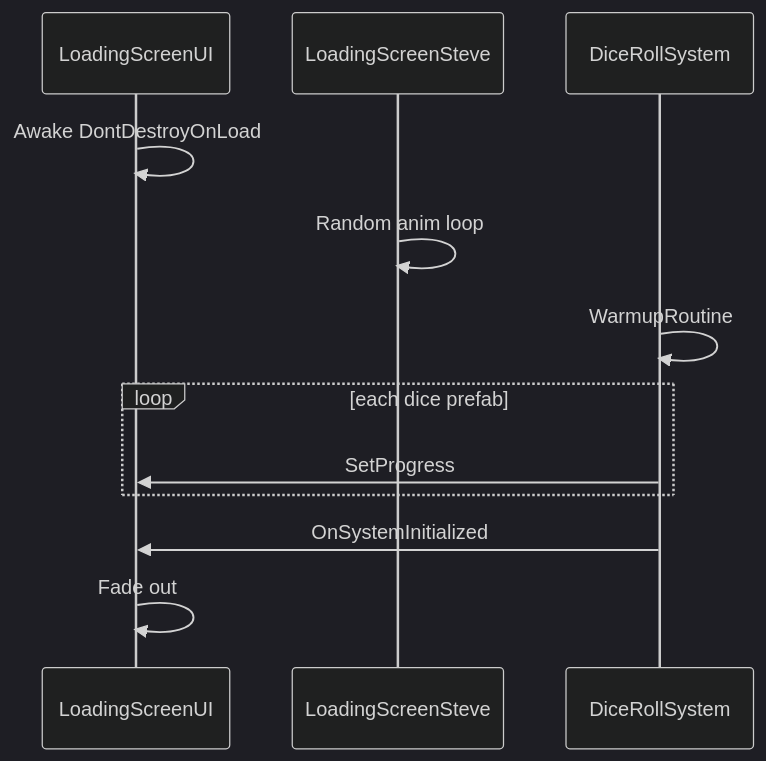
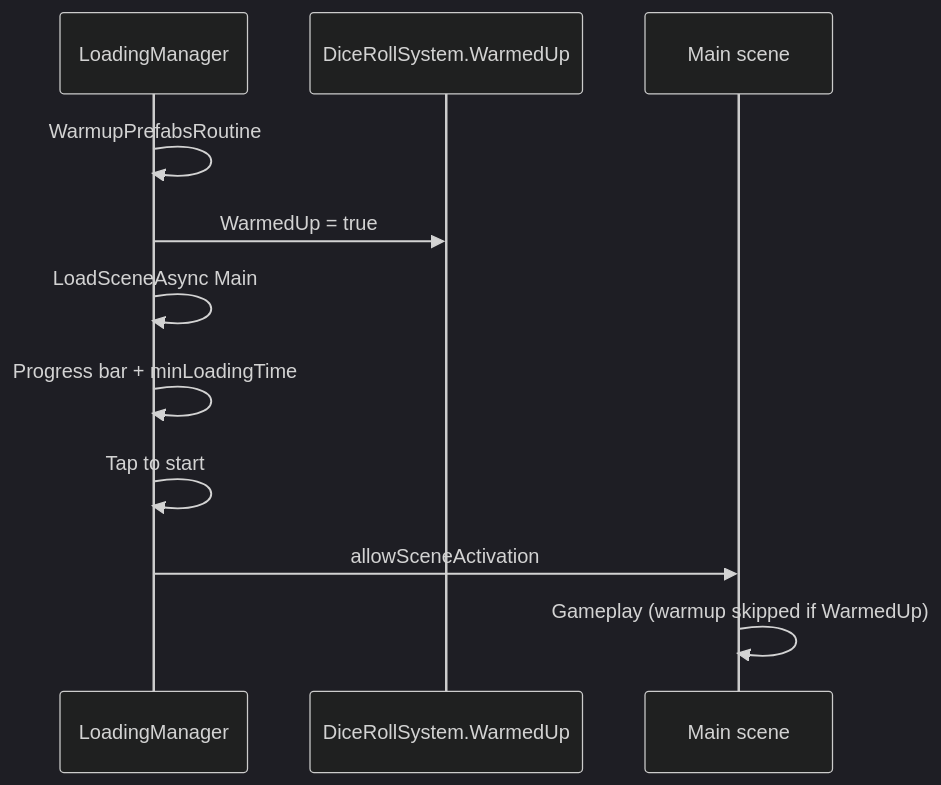
Before and after one commit to czyzem-stack/oakland: the third of 4 diagrams in DOCUMENTATION.md, drawn with Mermaid (dark theme). The commit also changed other lines of this file and 4 other files, not shown here.

Commit message:
v0.0.022: save point - nav pathing polish, scene setup docs, Main scene.

````diff
--- a/DOCUMENTATION.md
+++ b/DOCUMENTATION.md
@@ -468,15 +547,14 @@
 ```mermaid
 sequenceDiagram
-    participant L as LoadingScreenUI
-    participant S as LoadingScreenSteve
-    participant D as DiceRollSystem
+    participant L as LoadingManager
+    participant D as DiceRollSystem.WarmedUp
+    participant M as Main scene
 
-    L->>L: Awake DontDestroyOnLoad
-    S->>S: Random anim loop
-    D->>D: WarmupRoutine
-    loop each dice prefab
-        D->>L: SetProgress
-    end
-    D->>L: OnSystemInitialized
-    L->>L: Fade out
+    L->>L: WarmupPrefabsRoutine
+    L->>D: WarmedUp = true
+    L->>L: LoadSceneAsync Main
+    L->>L: Progress bar + minLoadingTime
+    L->>L: Tap to start
+    L->>M: allowSceneActivation
+    M->>M: Gameplay (warmup skipped if WarmedUp)
 ```
````
